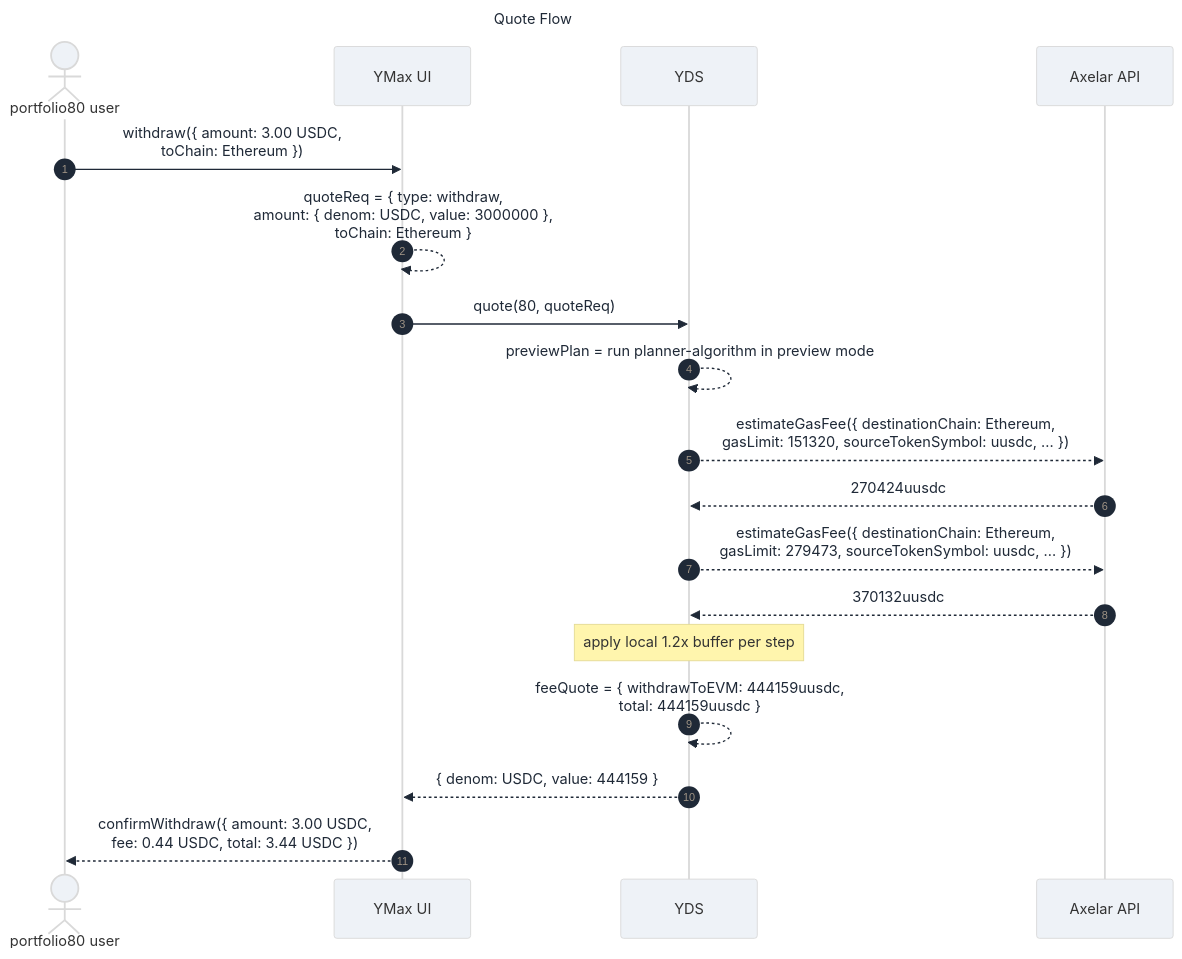
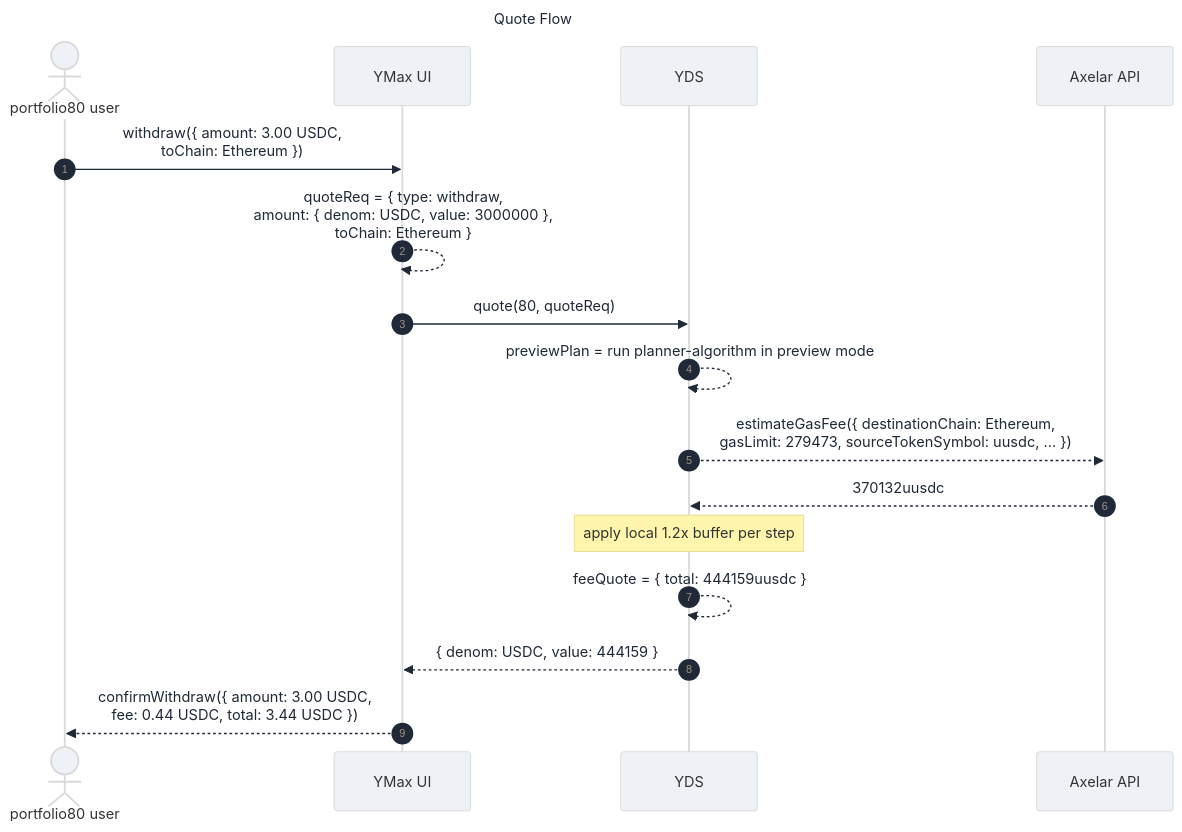
Before and after one commit to Agoric/agoric-sdk: the first of 4 diagrams in packages/portfolio-contract/docs-design/user-fees.md, drawn with Mermaid. The commit also changed other lines of this file, not shown here.

Commit message:
docs: design diagram fixes based on sim testing

````diff
--- a/packages/portfolio-contract/docs-design/user-fees.md
+++ b/packages/portfolio-contract/docs-design/user-fees.md
@@ -103,24 +103,22 @@
 ```mermaid
 %%{init: {'theme': 'base', 'themeVariables': {'background': '#f3f4f6', 'primaryColor': '#eef2f7', 'secondaryColor': '#e9eef5', 'tertiaryColor': '#f6f8fb', 'lineColor': '#5f6b7a', 'textColor': '#1f2937'}, 'themeCSS': '.sequenceNumber { font-size: 14px !important; font-weight: 600; }'}}%%
 sequenceDiagram
     title Quote Flow
     autonumber
 
     actor user as portfolio80 user
     participant ui as YMax UI
     participant yds as YDS
     participant axelar as Axelar API
 
     user->>ui: withdraw({ amount: 3.00 USDC,<br/>toChain: Ethereum })
     ui-->>ui: quoteReq = { type: withdraw,<br/>amount: { denom: USDC, value: 3000000 },<br/>toChain: Ethereum }
     ui->>yds: quote(80, quoteReq)
     yds-->>yds: previewPlan = run planner-algorithm in preview mode
-    yds-->>axelar: estimateGasFee({ destinationChain: Ethereum,<br/>gasLimit: 151320, sourceTokenSymbol: uusdc, ... })
-    axelar-->>yds: 270424uusdc
     yds-->>axelar: estimateGasFee({ destinationChain: Ethereum,<br/>gasLimit: 279473, sourceTokenSymbol: uusdc, ... })
     axelar-->>yds: 370132uusdc
     Note over yds: apply local 1.2x buffer per step
-    yds-->>yds: feeQuote = { withdrawToEVM: 444159uusdc,<br/>total: 444159uusdc }
+    yds-->>yds: feeQuote = { total: 444159uusdc }
     yds-->>ui: { denom: USDC, value: 444159 }
     ui-->>user: confirmWithdraw({ amount: 3.00 USDC,<br/>fee: 0.44 USDC, total: 3.44 USDC })
 ```
````
